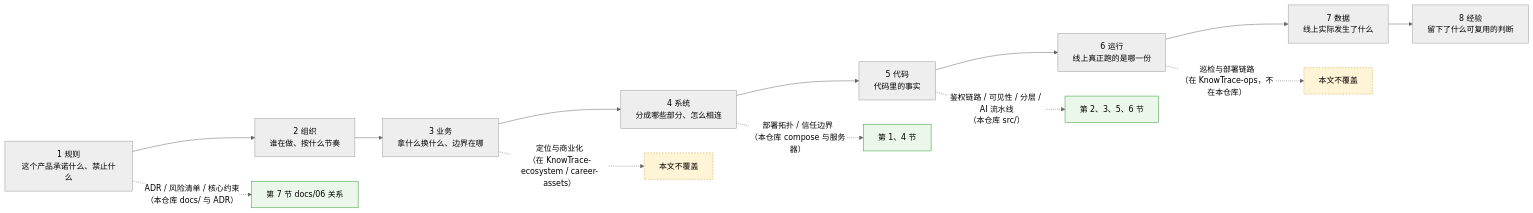
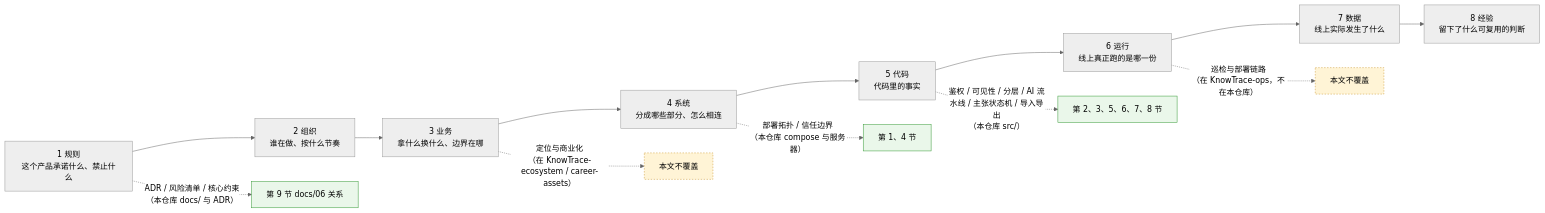
Before and after one commit to Yotoha0303/KnowTrace: the tenth of 10 diagrams in docs/24-architecture-diagrams.md, drawn with Mermaid (neutral theme). The commit also changed other lines of this file and 2 other files, not shown here.

First line of the commit message:
docs: 补主张状态机与导入导出两张图，更正第 6 节一处过时判断

````diff
--- a/docs/24-architecture-diagrams.md
+++ b/docs/24-architecture-diagrams.md
@@ -420,21 +643,21 @@
 ```mermaid
 flowchart LR
     R["1 规则<br/>这个产品承诺什么、禁止什么"] --> O["2 组织<br/>谁在做、按什么节奏"]
     O --> B["3 业务<br/>拿什么换什么、边界在哪"]
     B --> S["4 系统<br/>分成哪些部分、怎么相连"]
     S --> C["5 代码<br/>代码里的事实"]
     C --> RUN["6 运行<br/>线上真正跑的是哪一份"]
     RUN --> D["7 数据<br/>线上实际发生了什么"]
     D --> E["8 经验<br/>留下了什么可复用的判断"]
 
-    R -.->|"ADR / 风险清单 / 核心约束<br/>（本仓库 docs/ 与 ADR）"| R1["第 7 节 docs/06 关系"]
+    R -.->|"ADR / 风险清单 / 核心约束<br/>（本仓库 docs/ 与 ADR）"| R1["第 9 节 docs/06 关系"]
     S -.->|"部署拓扑 / 信任边界<br/>（本仓库 compose 与服务器）"| S1["第 1、4 节"]
-    C -.->|"鉴权链路 / 可见性 / 分层 / AI 流水线<br/>（本仓库 src/）"| C1["第 2、3、5、6 节"]
+    C -.->|"鉴权 / 可见性 / 分层 / AI 流水线 / 主张状态机 / 导入导出<br/>（本仓库 src/）"| C1["第 2、3、5、6、7、8 节"]
     RUN -.->|"巡检与部署链路<br/>（在 KnowTrace-ops，不在本仓库）"| RUN1["本文不覆盖"]
     B -.->|"定位与商业化<br/>（在 KnowTrace-ecosystem / career-assets）"| B1["本文不覆盖"]
 
     classDef here fill:#eaf7ea,stroke:#393
     classDef elsewhere fill:#fff4d6,stroke:#c93,stroke-dasharray:3 3
     class R1,S1,C1 here
     class RUN1,B1 elsewhere
 ```
````
